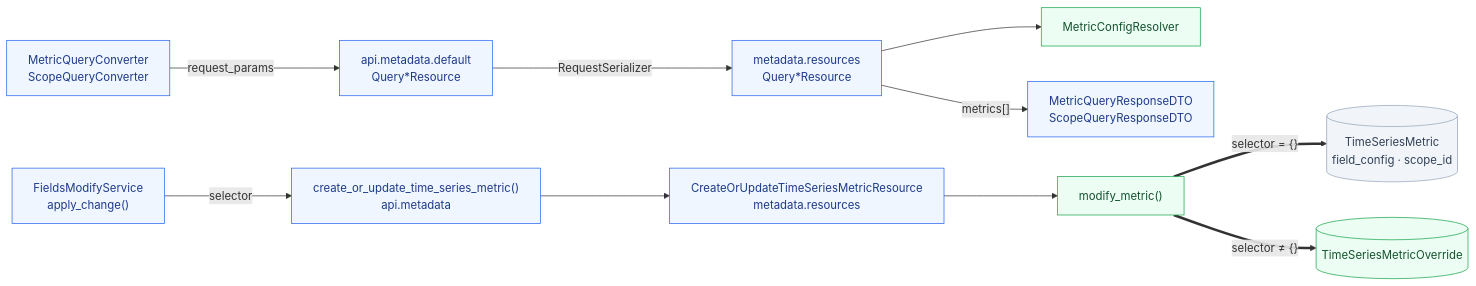
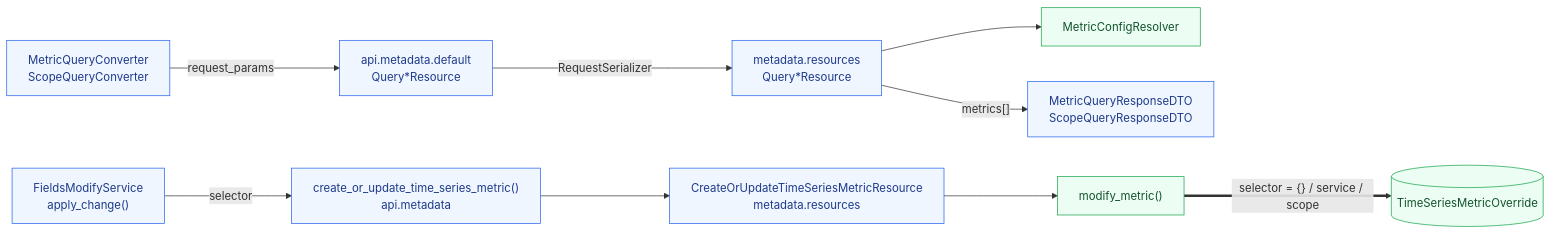
Before and after one commit to ZhuoZhuoCrayon/ai-workspace: diagram 18 of 25 in knowledge/bkmonitor/issues/2026-09-15-custom-metric-metadata/PLAN.md, drawn with Mermaid. The commit also changed other lines of this file, not shown here.

First line of the commit message:
docs(issue): separate custom metric reporting from page edits

````diff
--- a/knowledge/bkmonitor/issues/2026-09-15-custom-metric-metadata/PLAN.md
+++ b/knowledge/bkmonitor/issues/2026-09-15-custom-metric-metadata/PLAN.md
@@ -1618,19 +1487,17 @@
 ```mermaid
 flowchart LR
     Conv["MetricQueryConverter<br/>ScopeQueryConverter"] -->|"request_params"| Gw["api.metadata.default<br/>Query*Resource"]
     Gw -->|"RequestSerializer"| Res["metadata.resources<br/>Query*Resource"]
     Res --> Resolver["MetricConfigResolver"]
     Res -->|"metrics[]"| DTO["MetricQueryResponseDTO<br/>ScopeQueryResponseDTO"]
     Svc["FieldsModifyService<br/>apply_change()"] -->|"selector"| CU["create_or_update_time_series_metric()<br/>api.metadata"]
     CU --> Write["CreateOrUpdateTimeSeriesMetricResource<br/>metadata.resources"]
     Write --> Modify["modify_metric()"]
-    Modify ==>|"selector = {}"| TSM[("TimeSeriesMetric<br/>field_config · scope_id")]
-    Modify ==>|"selector ≠ {}"| Override[("TimeSeriesMetricOverride")]
+    Modify ==>|"selector = {} / service / scope"| Override[("TimeSeriesMetricOverride")]
 
     classDef add fill:#ecfdf3,stroke:#16a34a,color:#14532d
     classDef change fill:#eff6ff,stroke:#2563eb,color:#1e3a8a
     classDef old fill:#f1f5f9,stroke:#94a3b8,color:#334155
     class Resolver,Modify,Override add
     class Conv,Gw,Res,DTO,Svc,CU,Write change
-    class TSM old
 ```
````
